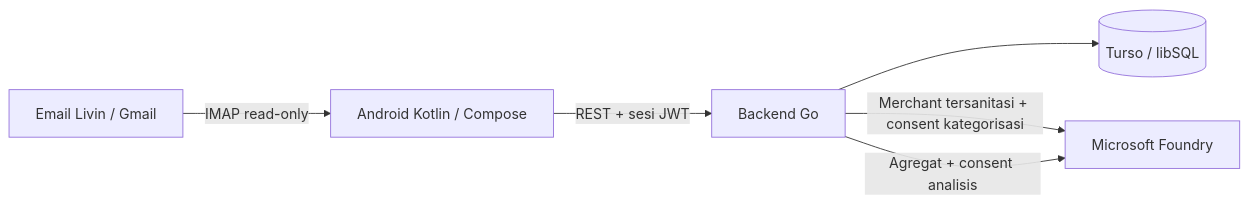
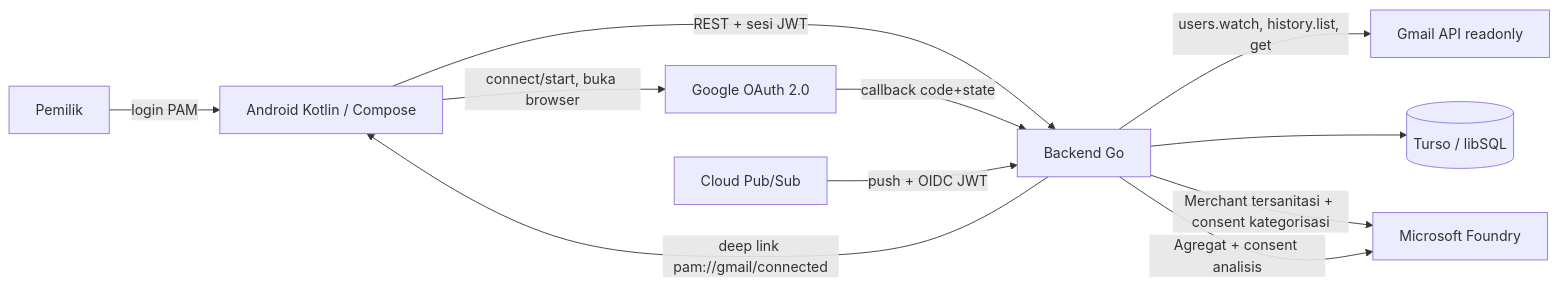
The diagram in README.md (NDI05/0037_FinancialMobile), drawn with Mermaid before and after one commit. The commit also changed other lines of this file and 25 other files, not shown here.

````diff
--- a/README.md
+++ b/README.md
@@ -92,8 +92,13 @@
 ```mermaid
 flowchart LR
-    Gmail[Email Livin / Gmail] -->|IMAP read-only| Android[Android Kotlin / Compose]
+    Owner[Pemilik] -->|login PAM| Android[Android Kotlin / Compose]
     Android -->|REST + sesi JWT| Go[Backend Go]
+    Android -->|connect/start, buka browser| Google[Google OAuth 2.0]
+    Google -->|callback code+state| Go
+    Go -->|users.watch, history.list, get| Gmail[Gmail API readonly]
+    PubSub[Cloud Pub/Sub] -->|push + OIDC JWT| Go
+    Go -->|deep link pam://gmail/connected| Android
     Go --> DB[(Turso / libSQL)]
     Go -->|Merchant tersanitasi + consent kategorisasi| Azure[Microsoft Foundry]
     Go -->|Agregat + consent analisis| Azure
 ```
````
